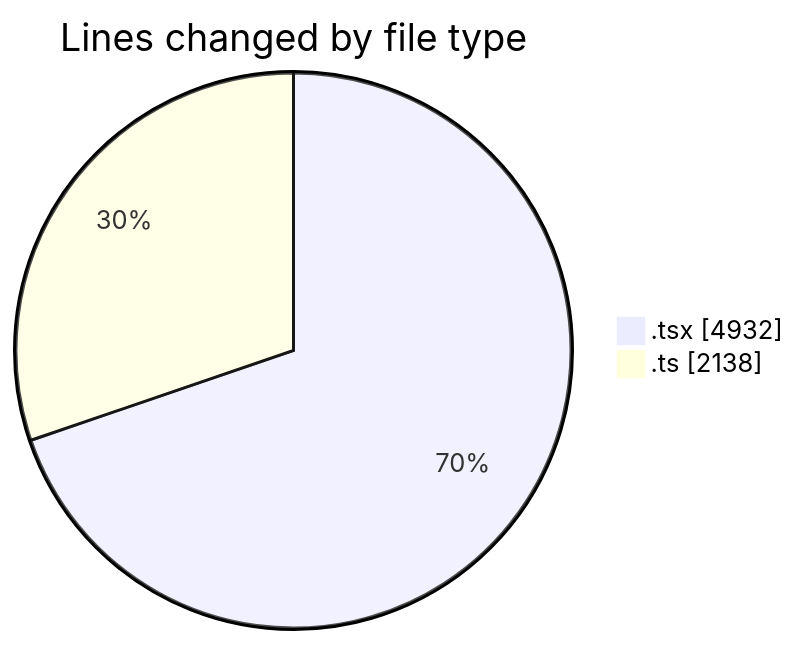
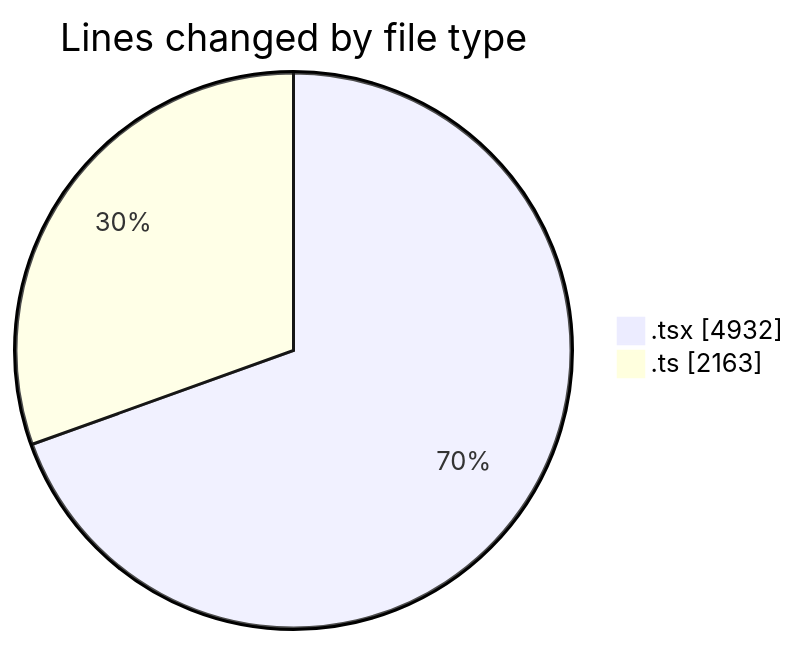
The first of 2 diagrams in 2026-02-26/nxtqube_webapp/README.md (nxtqubesakshisongat/code-tracking), drawn with Mermaid before and after one commit. The commit also changed other lines of this file and 1 other file, not shown here.

````diff
--- a/2026-02-26/nxtqube_webapp/README.md
+++ b/2026-02-26/nxtqube_webapp/README.md
@@ -33,6 +33,6 @@
 ```mermaid
 pie showData
 title Lines changed by file type
 ".tsx" : 4932
-".ts" : 2138
+".ts" : 2163
 ```
````
